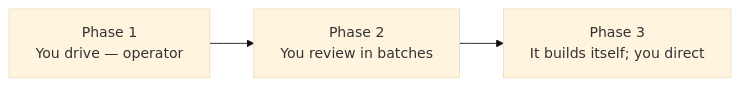
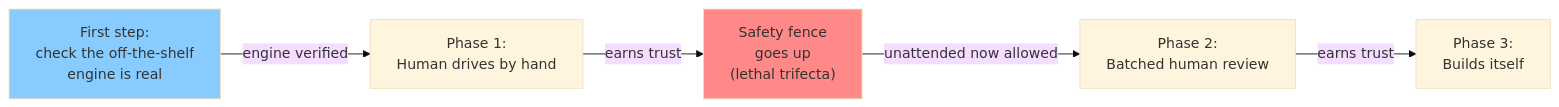
Before and after one commit to lago-morph/software-factory: the diagram in build-order-plain-english.md, drawn with Mermaid (base theme). The commit also changed other lines of this file and 14 other files, not shown here.

````diff
--- a/build-order-plain-english.md
+++ b/build-order-plain-english.md
@@ -17,5 +17,9 @@
 ```mermaid
 flowchart LR
-  P1["Phase 1<br/>You drive — operator"] --> P2["Phase 2<br/>You review in batches"]
-  P2 --> P3["Phase 3<br/>It builds itself; you direct"]
+    Check["First step:<br/>check the off-the-shelf<br/>engine is real"] -->|"engine verified"| P1["Phase 1:<br/>Human drives by hand"]
+    P1 -->|"earns trust"| Fence["Safety fence<br/>goes up<br/>(lethal trifecta)"]
+    Fence -->|"unattended now allowed"| P2["Phase 2:<br/>Batched human review"]
+    P2 -->|"earns trust"| P3["Phase 3:<br/>Builds itself"]
+    style Fence fill:#f88
+    style Check fill:#8cf
 ```
````
